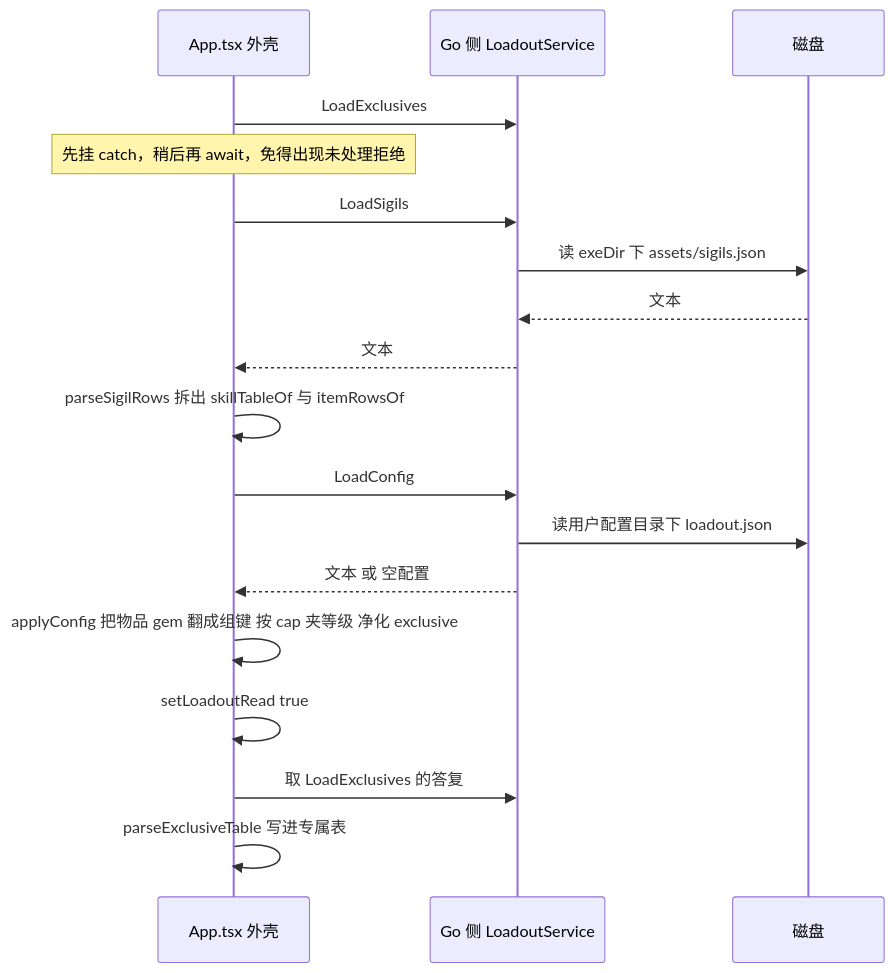
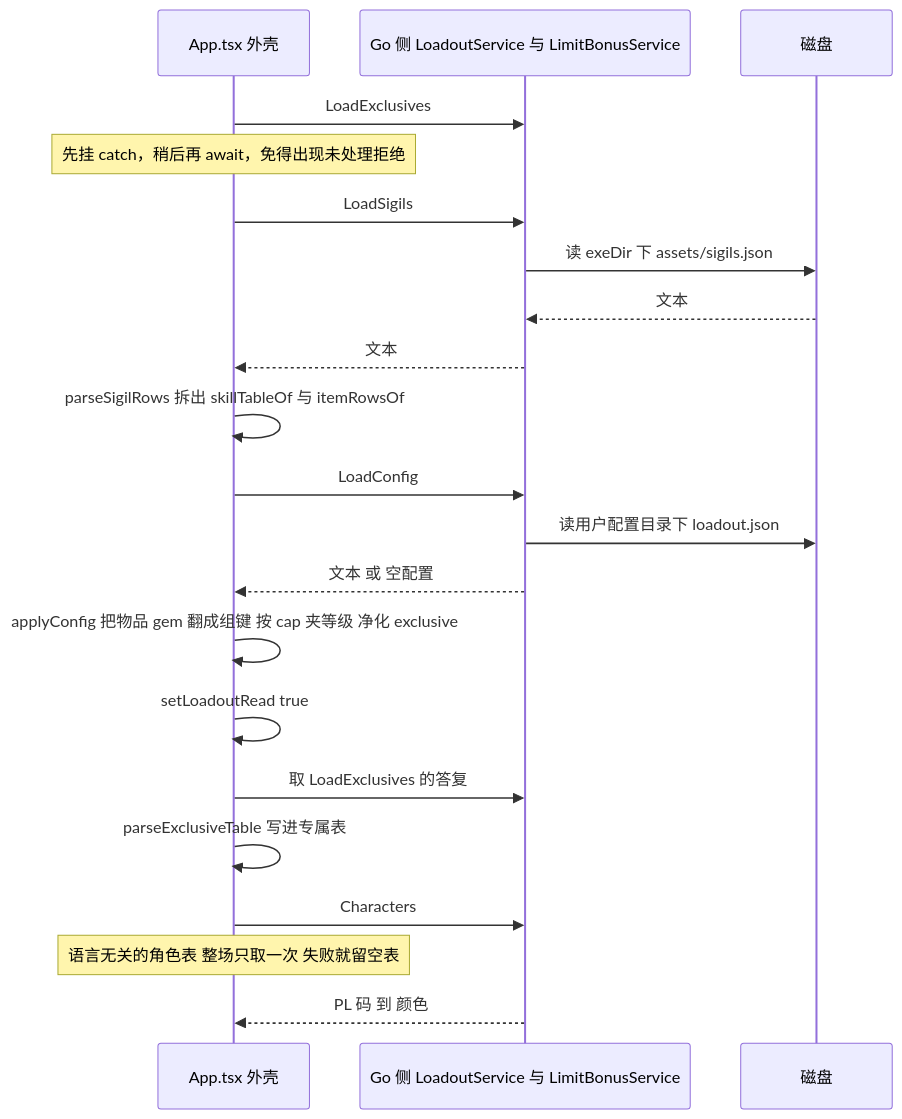
One commit to baagod/GBFR-Sigil-Loadout changed the second of 9 diagrams in openwiki/architecture/visual-tool-frontend.md. Above: the diagram before and after it, drawn with Mermaid. The commit also changed other lines of this file and 52 other files, not shown here.

````diff
--- a/openwiki/architecture/visual-tool-frontend.md
+++ b/openwiki/architecture/visual-tool-frontend.md
@@ -148,20 +179,23 @@
 ```mermaid
 sequenceDiagram
     participant App as App.tsx 外壳
-    participant Go as Go 侧 LoadoutService
+    participant Go as Go 侧 LoadoutService 与 LimitBonusService
     participant Disk as 磁盘
     App->>Go: LoadExclusives
     Note over App: 先挂 catch，稍后再 await，免得出现未处理拒绝
     App->>Go: LoadSigils
     Go->>Disk: 读 exeDir 下 assets/sigils.json
     Disk-->>Go: 文本
     Go-->>App: 文本
     App->>App: parseSigilRows 拆出 skillTableOf 与 itemRowsOf
     App->>Go: LoadConfig
     Go->>Disk: 读用户配置目录下 loadout.json
     Go-->>App: 文本 或 空配置
     App->>App: applyConfig 把物品 gem 翻成组键 按 cap 夹等级 净化 exclusive
     App->>App: setLoadoutRead true
     App->>Go: 取 LoadExclusives 的答复
     App->>App: parseExclusiveTable 写进专属表
+    App->>Go: Characters
+    Note over App: 语言无关的角色表 整场只取一次 失败就留空表
+    Go-->>App: PL 码 到 颜色
 ```
````
